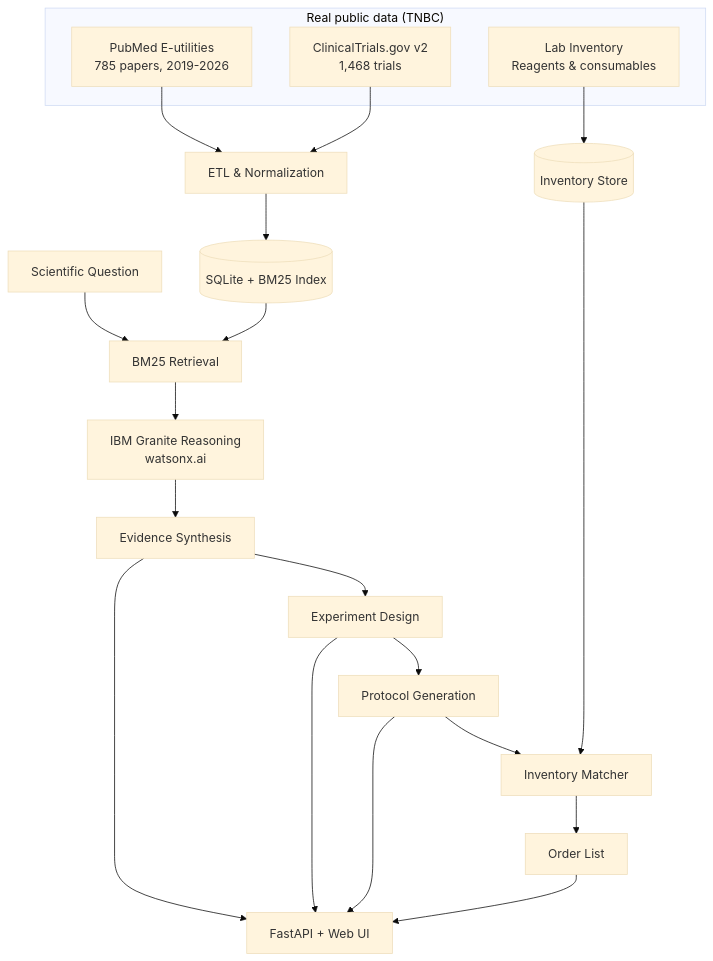
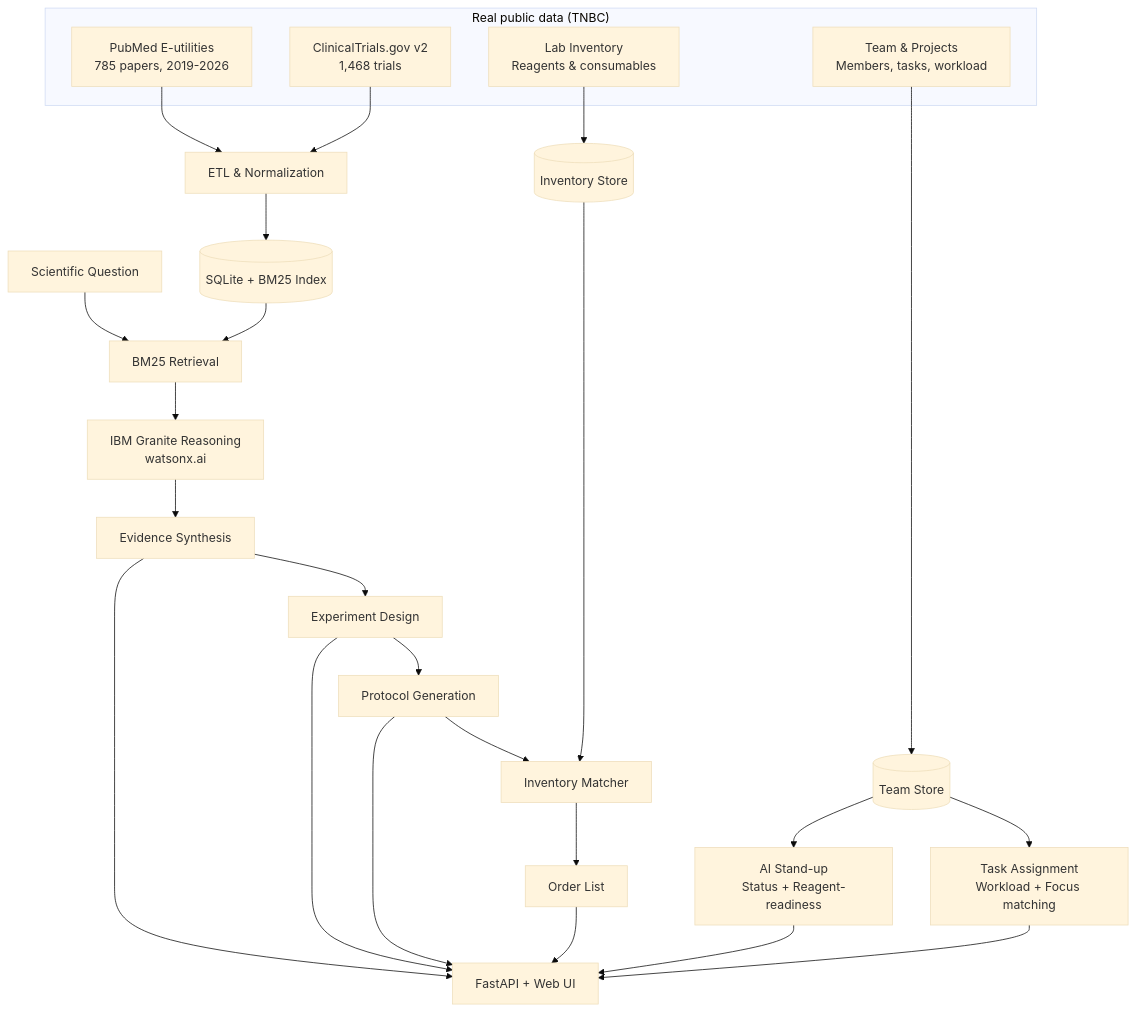
One commit to Lipskerov/benchpilot changed the diagram in README.md. Above: the diagram before and after it, drawn with Mermaid (base theme). The commit also changed other lines of this file and 9 other files, not shown here.

Commit message:
feat: BenchPilot V3 — team collaboration layer (project board, AI stand-up, task assignment, reagent-aware orchestration)

````diff
--- a/README.md
+++ b/README.md
@@ -35,27 +36,34 @@
 ```mermaid
 flowchart TD
     subgraph Sources["Real public data (TNBC)"]
         P[PubMed E-utilities<br/>785 papers, 2019-2026]
         A[ClinicalTrials.gov v2<br/>1,468 trials]
         I[Lab Inventory<br/>Reagents & consumables]
+        T[Team & Projects<br/>Members, tasks, workload]
     end
     P --> ETL[ETL & Normalization]
     A --> ETL
     ETL --> DB[(SQLite + BM25 Index)]
     I --> INV[(Inventory Store)]
+    T --> TEAM[(Team Store)]
     
     Q[Scientific Question] --> RET[BM25 Retrieval]
     DB --> RET
     RET --> GRAN[IBM Granite Reasoning<br/>watsonx.ai]
     GRAN --> SYNTH[Evidence Synthesis]
     SYNTH --> EXP[Experiment Design]
     EXP --> PROT[Protocol Generation]
     PROT --> MATCH[Inventory Matcher]
     INV --> MATCH
     MATCH --> ORDER[Order List]
     
+    TEAM --> STANDUP[AI Stand-up<br/>Status + Reagent-readiness]
+    TEAM --> ASSIGN[Task Assignment<br/>Workload + Focus matching]
+    
     SYNTH --> UI[FastAPI + Web UI]
     EXP --> UI
     PROT --> UI
     ORDER --> UI
+    STANDUP --> UI
+    ASSIGN --> UI
 ```
````
